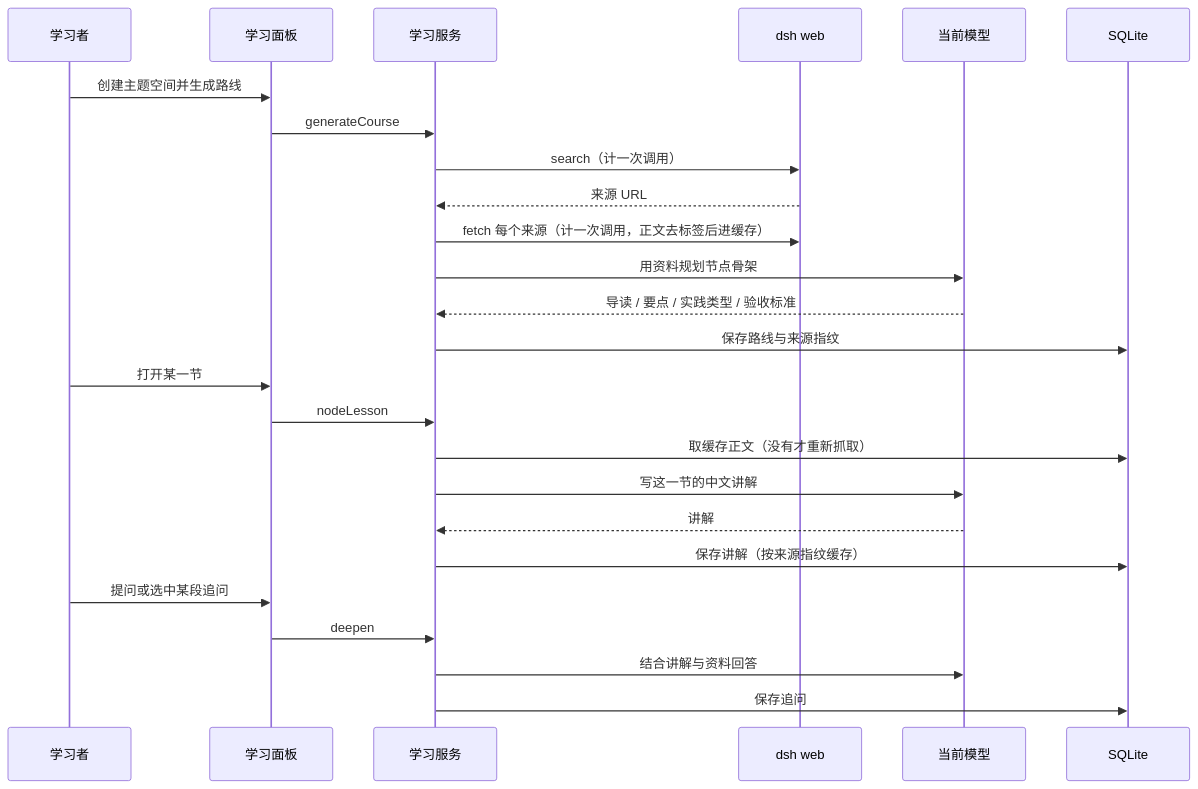
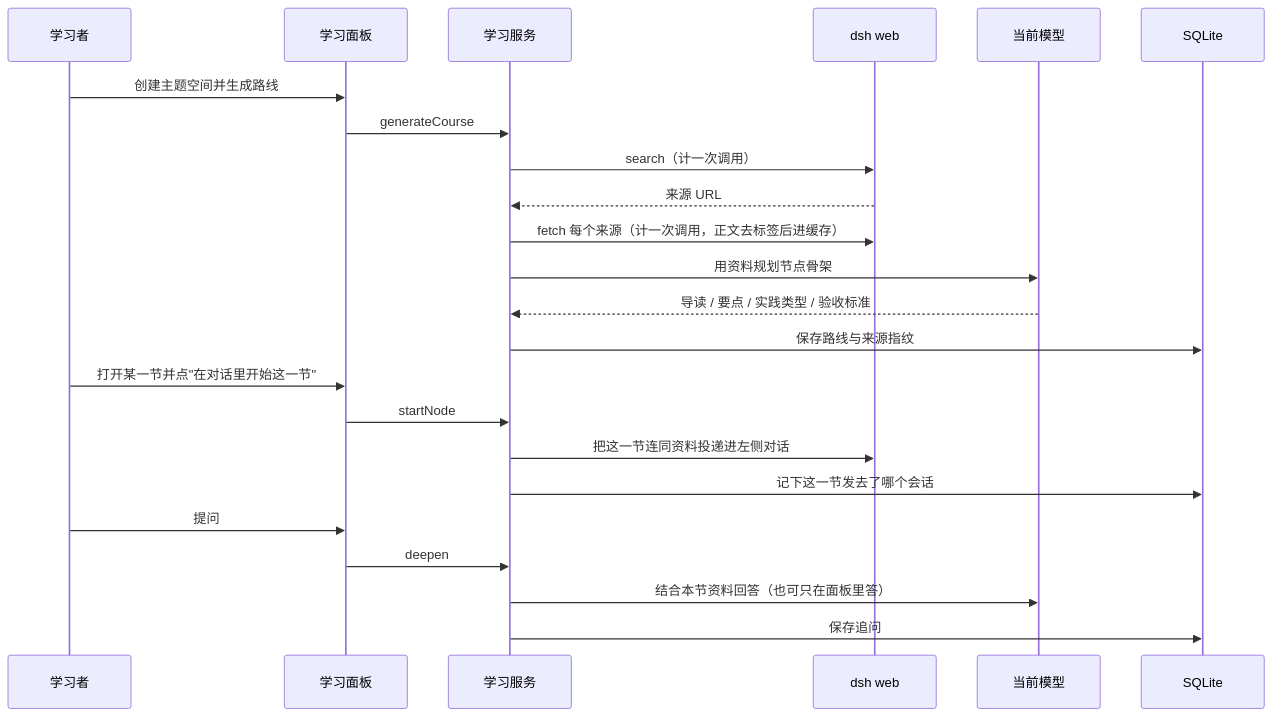
Before and after one commit to Magic-lem/learny: the second of 2 diagrams in docs/architecture.md, drawn with Mermaid. The commit also changed other lines of this file and 13 other files, not shown here.

````diff
--- a/docs/architecture.md
+++ b/docs/architecture.md
@@ -40,28 +40,26 @@
 ```mermaid
 sequenceDiagram
   participant U as 学习者
   participant C as 学习面板
   participant S as 学习服务
   participant W as dsh web
   participant M as 当前模型
   participant D as SQLite
 
   U->>C: 创建主题空间并生成路线
   C->>S: generateCourse
   S->>W: search（计一次调用）
   W-->>S: 来源 URL
   S->>W: fetch 每个来源（计一次调用，正文去标签后进缓存）
   S->>M: 用资料规划节点骨架
   M-->>S: 导读 / 要点 / 实践类型 / 验收标准
   S->>D: 保存路线与来源指纹
-  U->>C: 打开某一节
-  C->>S: nodeLesson
-  S->>D: 取缓存正文（没有才重新抓取）
-  S->>M: 写这一节的中文讲解
-  M-->>S: 讲解
-  S->>D: 保存讲解（按来源指纹缓存）
-  U->>C: 提问或选中某段追问
+  U->>C: 打开某一节并点"在对话里开始这一节"
+  C->>S: startNode
+  S->>W: 把这一节连同资料投递进左侧对话
+  S->>D: 记下这一节发去了哪个会话
+  U->>C: 提问
   C->>S: deepen
-  S->>M: 结合讲解与资料回答
+  S->>M: 结合本节资料回答（也可只在面板里答）
   S->>D: 保存追问
 ```
````
